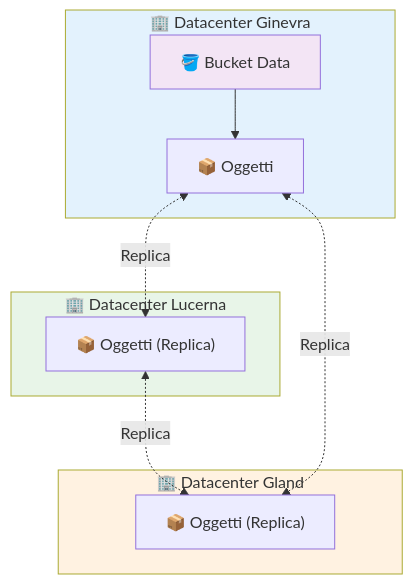
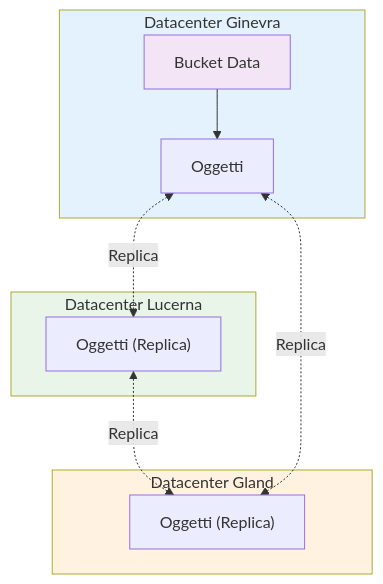
Before and after one commit to HidoraSwiss/hikube-public-doc: the diagram in i18n/it/docusaurus-plugin-content-docs/current/services/storage/buckets/overview.md, drawn with Mermaid. The commit also changed other lines of this file and 142 other files, not shown here.

First line of the commit message:
docs: retirer tous les emojis (titres, encadrés, tableaux, diagrammes)

````diff
--- a/i18n/it/docusaurus-plugin-content-docs/current/services/storage/buckets/overview.md
+++ b/i18n/it/docusaurus-plugin-content-docs/current/services/storage/buckets/overview.md
@@ -36,25 +36,25 @@
 ```mermaid
 flowchart TD
-    subgraph DC1["🏢 Datacenter Ginevra"]
-        B1["🪣 Bucket Data"]
-        S1["📦 Oggetti"]
+    subgraph DC1["Datacenter Ginevra"]
+        B1["Bucket Data"]
+        S1["Oggetti"]
     end
 
-    subgraph DC2["🏢 Datacenter Lucerna"]
-        S2["📦 Oggetti (Replica)"]
+    subgraph DC2["Datacenter Lucerna"]
+        S2["Oggetti (Replica)"]
     end
 
-    subgraph DC3["🏢 Datacenter Gland"]
-        S3["📦 Oggetti (Replica)"]
+    subgraph DC3["Datacenter Gland"]
+        S3["Oggetti (Replica)"]
     end
 
     B1 --> S1
     S1 <-.->|"Replica"| S2
     S2 <-.->|"Replica"| S3
     S1 <-.->|"Replica"| S3
 
     style DC1 fill:#e3f2fd
     style DC2 fill:#e8f5e8
     style DC3 fill:#fff2e1
     style B1 fill:#f3e5f5
 ```
````
